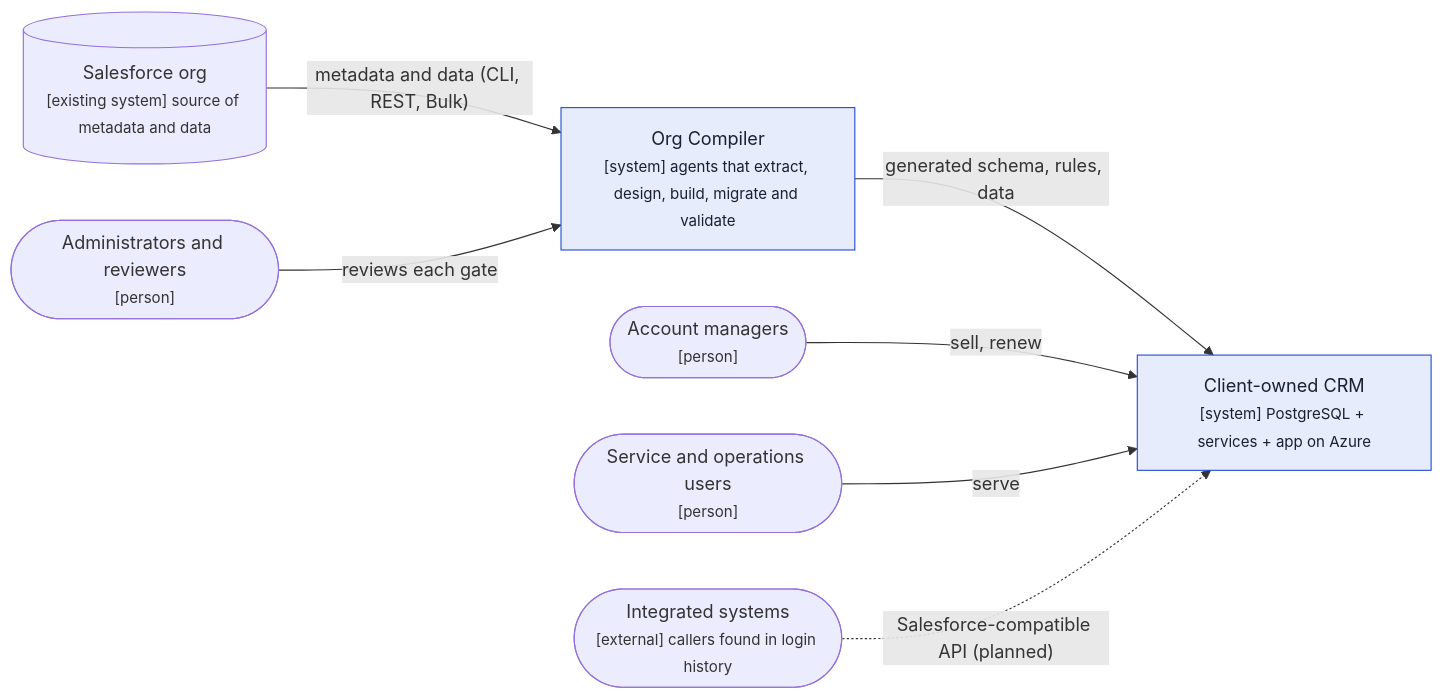
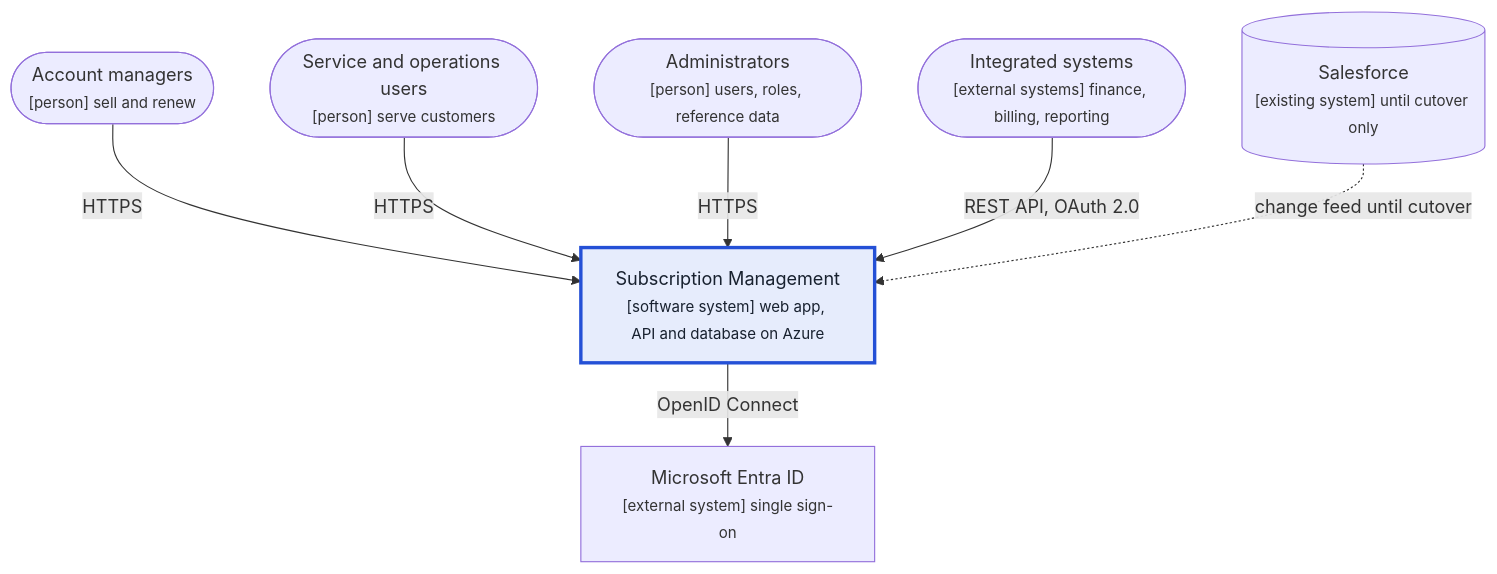
Before and after one commit to himantgupta-alt/crm-genie: the first of 16 diagrams in adlc/2-design/modelling/design/HLD.md, drawn with Mermaid. The commit also changed other lines of this file and 49 other files, not shown here.

First line of the commit message:
Client pack, target-state platform architecture and deck slide

````diff
--- a/adlc/2-design/modelling/design/HLD.md
+++ b/adlc/2-design/modelling/design/HLD.md
@@ -28,18 +30,18 @@
 ```mermaid
-flowchart LR
-  AM(["Account managers<br/><small>[person]</small>"])
-  SA(["Service and operations users<br/><small>[person]</small>"])
-  AD(["Administrators and reviewers<br/><small>[person]</small>"])
-  SF[("Salesforce org<br/><small>[existing system] source of metadata and data</small>")]
-  MIG["Org Compiler<br/><small>[system] agents that extract, design, build, migrate and validate</small>"]
-  TGT["Client-owned CRM<br/><small>[system] PostgreSQL + services + app on Azure</small>"]
-  EXT(["Integrated systems<br/><small>[external] callers found in login history</small>"])
-  SF -- "metadata and data (CLI, REST, Bulk)" --> MIG
-  MIG -- "generated schema, rules, data" --> TGT
-  AD -- "reviews each gate" --> MIG
-  AM -- "sell, renew" --> TGT
-  SA -- "serve" --> TGT
-  EXT -. "Salesforce-compatible API (planned)" .-> TGT
-  classDef sys fill:#E6ECFC,stroke:#2450D6,color:#18212F;
-  class MIG,TGT sys;
+flowchart TB
+  AM(["Account managers<br/><small>[person] sell and renew</small>"])
+  SA(["Service and operations users<br/><small>[person] serve customers</small>"])
+  AD(["Administrators<br/><small>[person] users, roles, reference data</small>"])
+  TGT["Subscription Management<br/><small>[software system] web app, API and database on Azure</small>"]
+  IDP["Microsoft Entra ID<br/><small>[external system] single sign-on</small>"]
+  EXT(["Integrated systems<br/><small>[external systems] finance, billing, reporting</small>"])
+  SF[("Salesforce<br/><small>[existing system] until cutover only</small>")]
+  AM -- "HTTPS" --> TGT
+  SA -- "HTTPS" --> TGT
+  AD -- "HTTPS" --> TGT
+  TGT -- "OpenID Connect" --> IDP
+  EXT -- "REST API, OAuth 2.0" --> TGT
+  SF -. "change feed until cutover" .-> TGT
+  classDef sys fill:#E6ECFC,stroke:#2450D6,stroke-width:3px,color:#18212F;
+  class TGT sys;
 ```
````
